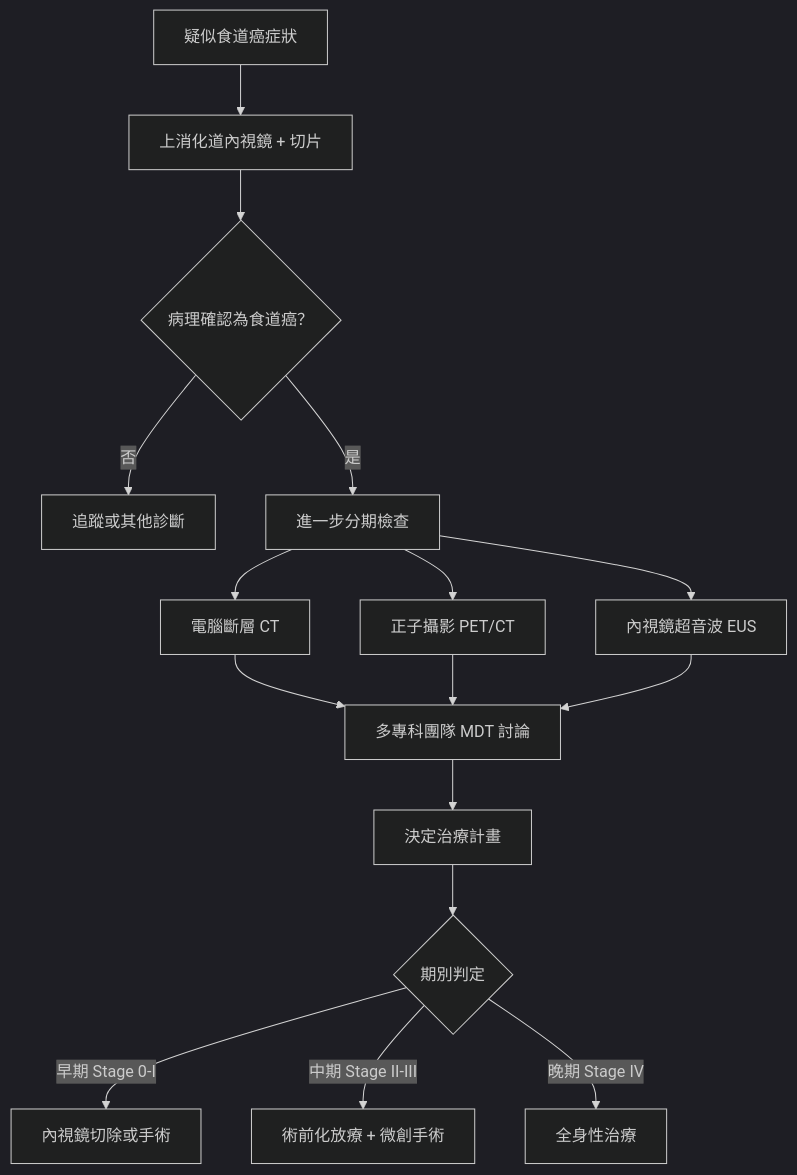
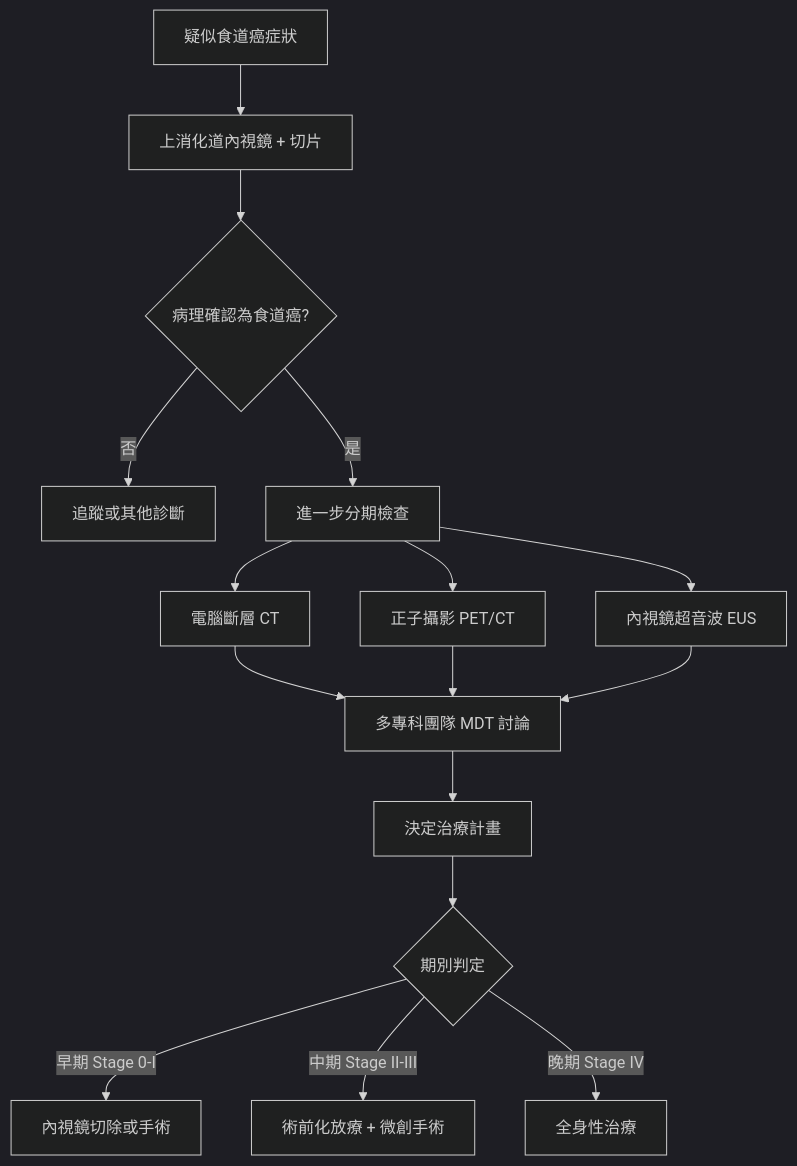
The diagram in 食道癌微創手術/一般版/01_疾病介紹.md (dontchangela-bit/esophageal-education), drawn with Mermaid (dark theme) before and after one commit. The commit also changed 59 other files, not shown here.

First line of the commit message:
Fix Mermaid v11.13 syntax errors across all esophageal files

````diff
--- a/食道癌微創手術/一般版/01_疾病介紹.md
+++ b/食道癌微創手術/一般版/01_疾病介紹.md
@@ -133,18 +133,18 @@
 ```mermaid
 flowchart TD
     A[疑似食道癌症狀] --> B[上消化道內視鏡 + 切片]
-    B --> C{病理確認為食道癌？}
+    B --> C{病理確認為食道癌?}
     C -->|否| D[追蹤或其他診斷]
     C -->|是| E[進一步分期檢查]
     E --> F[電腦斷層 CT]
     E --> G[正子攝影 PET/CT]
     E --> H[內視鏡超音波 EUS]
     F --> I[多專科團隊 MDT 討論]
     G --> I
     H --> I
     I --> J[決定治療計畫]
     J --> K{期別判定}
     K -->|早期 Stage 0-I| L[內視鏡切除或手術]
     K -->|中期 Stage II-III| M[術前化放療 + 微創手術]
     K -->|晚期 Stage IV| N[全身性治療]
 ```
````
